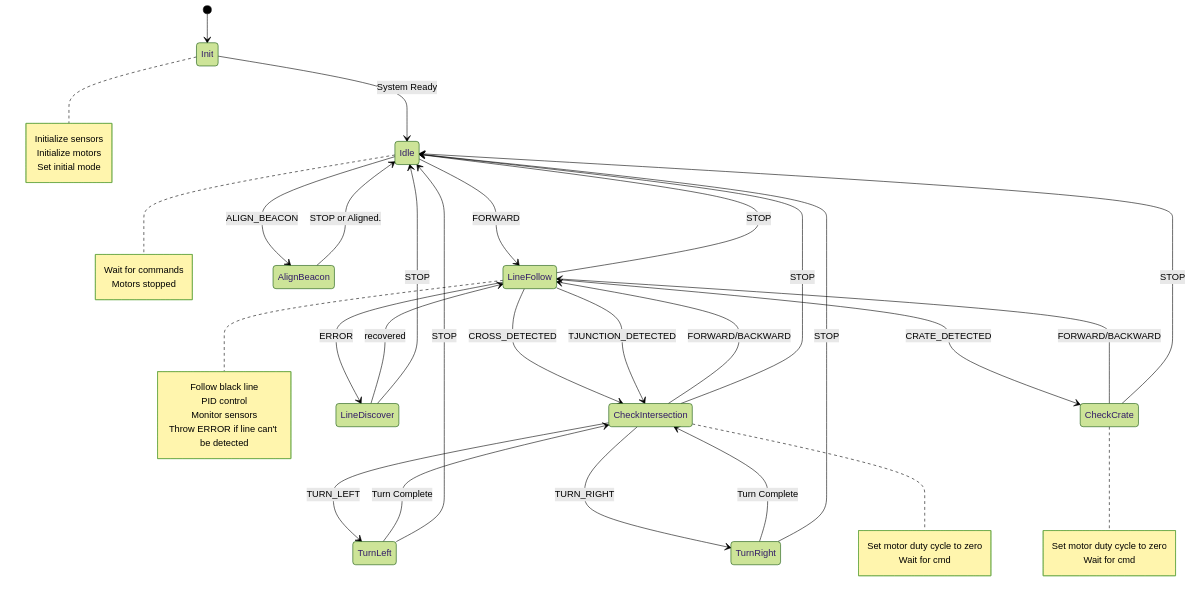
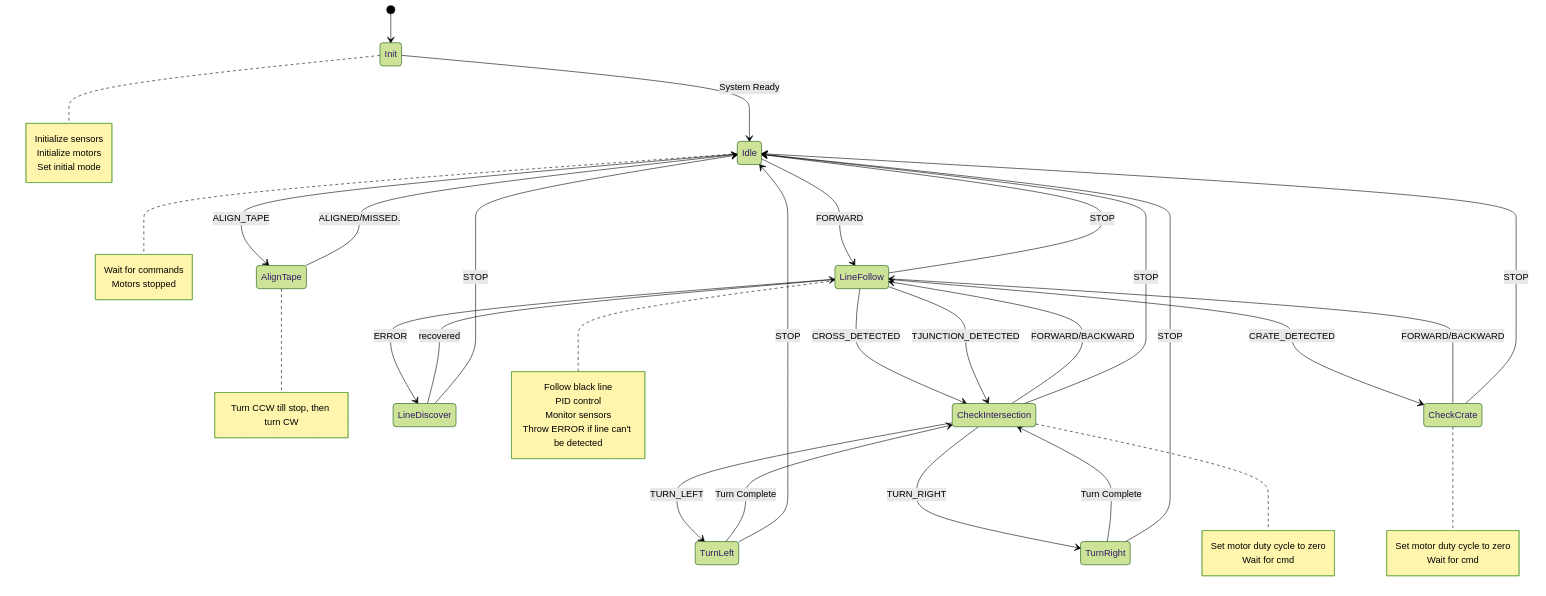
One commit to yuanzhedong/ME218-final changed the diagram in FSM/navigator.md. Above: the diagram before and after it, drawn with Mermaid (forest theme). The commit also changed 21 other files, not shown here.

````diff
--- a/FSM/navigator.md
+++ b/FSM/navigator.md
@@ -1,60 +1,63 @@
 ```mermaid
 stateDiagram-v2
     [*] --> Init
     
     Init --> Idle: System Ready
     note right of Init
         Initialize sensors
         Initialize motors
         Set initial mode
     end note
 
     Idle --> LineFollow: FORWARD
-    Idle --> AlignBeacon: ALIGN_BEACON
+    Idle --> AlignTape: ALIGN_TAPE
     note right of Idle
         Wait for commands
         Motors stopped
     end note
 
-    AlignBeacon --> Idle: STOP or Aligned.
-
+    AlignTape --> Idle: ALIGNED/MISSED.
+    note right of AlignTape
+        Turn CCW till stop, then turn CW
+    end note
+    
     LineFollow --> CheckCrate: CRATE_DETECTED
     LineFollow --> CheckIntersection: CROSS_DETECTED
     LineFollow --> Idle: STOP
     LineFollow --> LineDiscover: ERROR
     LineFollow --> CheckIntersection: TJUNCTION_DETECTED
     note right of LineFollow
         Follow black line
         PID control
         Monitor sensors
         Throw ERROR if line can't be detected
     end note
 
     CheckIntersection --> TurnLeft: TURN_LEFT
     CheckIntersection --> TurnRight: TURN_RIGHT
     CheckIntersection --> LineFollow: FORWARD/BACKWARD
     CheckIntersection --> Idle: STOP
     note right of CheckIntersection
         Set motor duty cycle to zero
         Wait for cmd
     end note
 
     TurnLeft --> CheckIntersection: Turn Complete
     TurnRight --> CheckIntersection: Turn Complete
 
     TurnLeft --> Idle: STOP
     TurnRight --> Idle: STOP
 
     LineDiscover --> LineFollow: recovered
     LineDiscover --> Idle: STOP
 
     CheckCrate --> LineFollow: FORWARD/BACKWARD
     CheckCrate --> Idle: STOP
     note right of CheckCrate
         Set motor duty cycle to zero
         Wait for cmd
     end note
 
     
 
 ```
````
